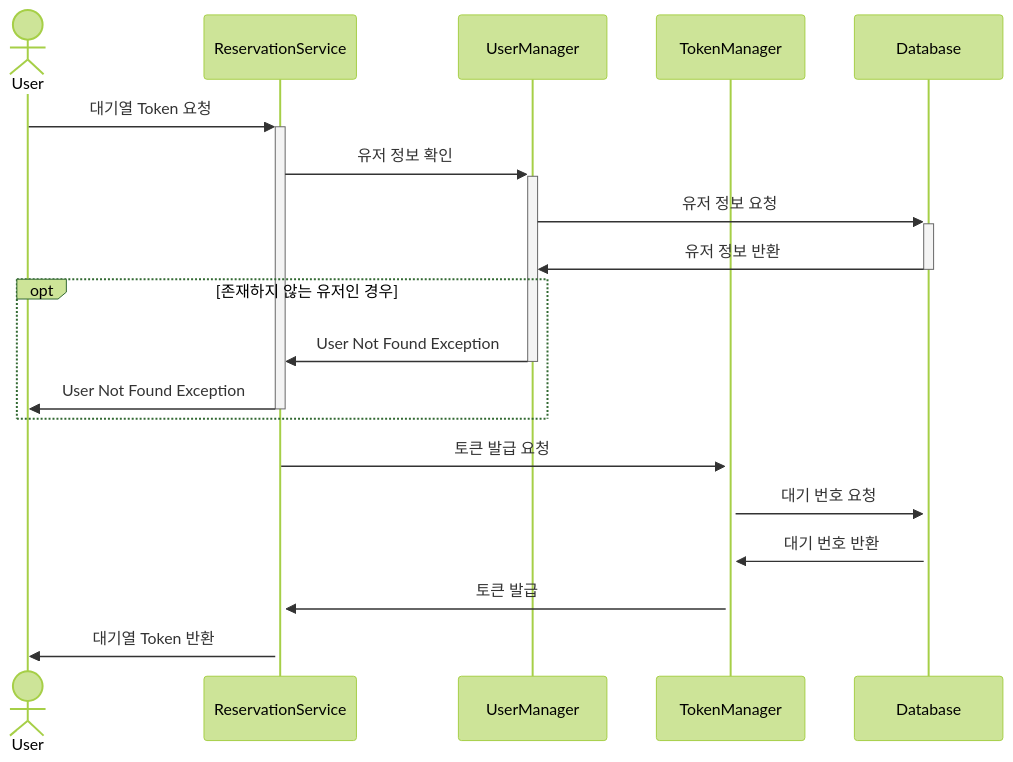
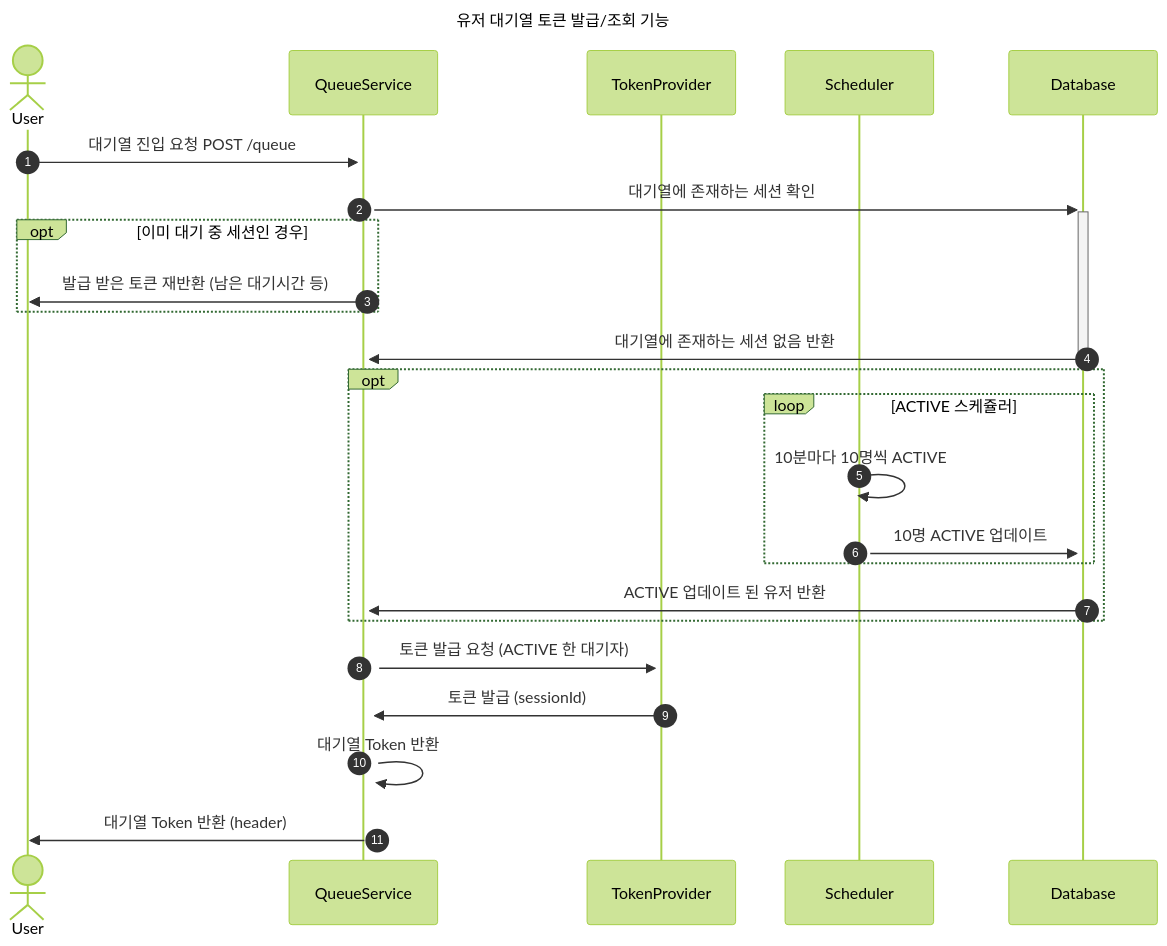
One commit to hpp-backend-15/java-concert-joonhyeokyang changed the diagram in docs/sequence/유저-토큰-대기열-기능.md. Above: the diagram before and after it, drawn with Mermaid (forest theme). The commit also changed 4 other files, not shown here.

Commit message:
docs: 다이어그램 작성 (토큰 대기열/예약 날짜, 좌석)

````diff
--- a/docs/sequence/유저-토큰-대기열-기능.md
+++ b/docs/sequence/유저-토큰-대기열-기능.md
@@ -10,22 +10,27 @@
 ```mermaid
 sequenceDiagram
+    autonumber
+    title 유저 대기열 토큰 발급/조회 기능
     actor u as User
-    participant rs as ReservationService
-    participant um as UserManager
-    participant tm as TokenManager
+    participant qs as QueueService
+    participant tp as TokenProvider
+    participant sc as Scheduler
     participant db as Database
-
-    u->>+rs: 대기열 Token 요청
-    rs->>+um: 유저 정보 확인
-    um->>+db: 유저 정보 요청
-    db->>-um: 유저 정보 반환
-    opt 존재하지 않는 유저인 경우
-        um->>-rs: User Not Found Exception
-        rs->>-u: User Not Found Exception
-    end    
-    rs->>+tm: 토큰 발급 요청
-    tm->>+db: 대기 번호 요청
-    db->>+tm: 대기 번호 반환
-    tm->>+rs: 토큰 발급
-    rs->>u: 대기열 Token 반환
+    u ->>+ qs: 대기열 진입 요청 POST /queue
+    qs ->>+ db: 대기열에 존재하는 세션 확인
+    opt 이미 대기 중 세션인 경우
+        qs ->> u: 발급 받은 토큰 재반환 (남은 대기시간 등)
+    end
+    db ->>- qs: 대기열에 존재하는 세션 없음 반환
+    opt
+        loop ACTIVE 스케쥴러
+            sc ->>+ sc: 10분마다 10명씩 ACTIVE
+            sc ->>+ db: 10명 ACTIVE 업데이트
+        end
+        db ->>+ qs: ACTIVE 업데이트 된 유저 반환
+    end
+    qs ->>+ tp: 토큰 발급 요청 (ACTIVE 한 대기자)
+    tp ->>+ qs: 토큰 발급 (sessionId)
+    qs ->> qs: 대기열 Token 반환
+    qs ->> u: 대기열 Token 반환 (header)
 ```
````
